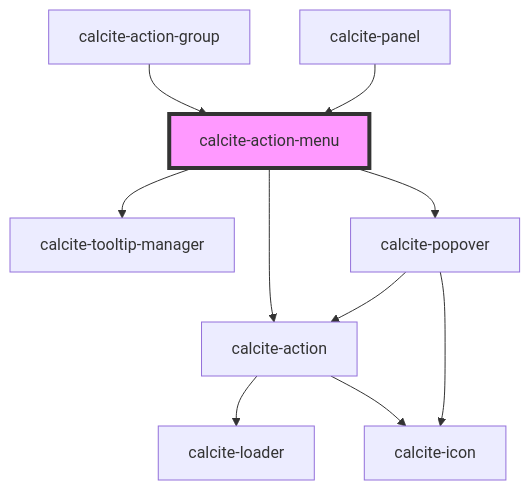
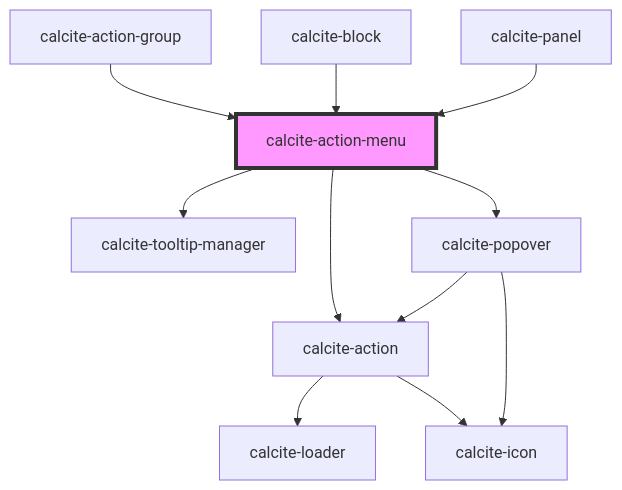
Before and after one commit to vikivakarvc/calcite-design-system: the diagram in src/components/calcite-action-menu/readme.md, drawn with Mermaid. The commit also changed other lines of this file and 5 other files, not shown here.

````diff
--- a/src/components/calcite-action-menu/readme.md
+++ b/src/components/calcite-action-menu/readme.md
@@ -53,13 +54,14 @@
 ```mermaid
 graph TD;
   calcite-action-menu --> calcite-action
   calcite-action-menu --> calcite-tooltip-manager
   calcite-action-menu --> calcite-popover
   calcite-action --> calcite-loader
   calcite-action --> calcite-icon
   calcite-popover --> calcite-action
   calcite-popover --> calcite-icon
   calcite-action-group --> calcite-action-menu
+  calcite-block --> calcite-action-menu
   calcite-panel --> calcite-action-menu
   style calcite-action-menu fill:#f9f,stroke:#333,stroke-width:4px
 ```
````
